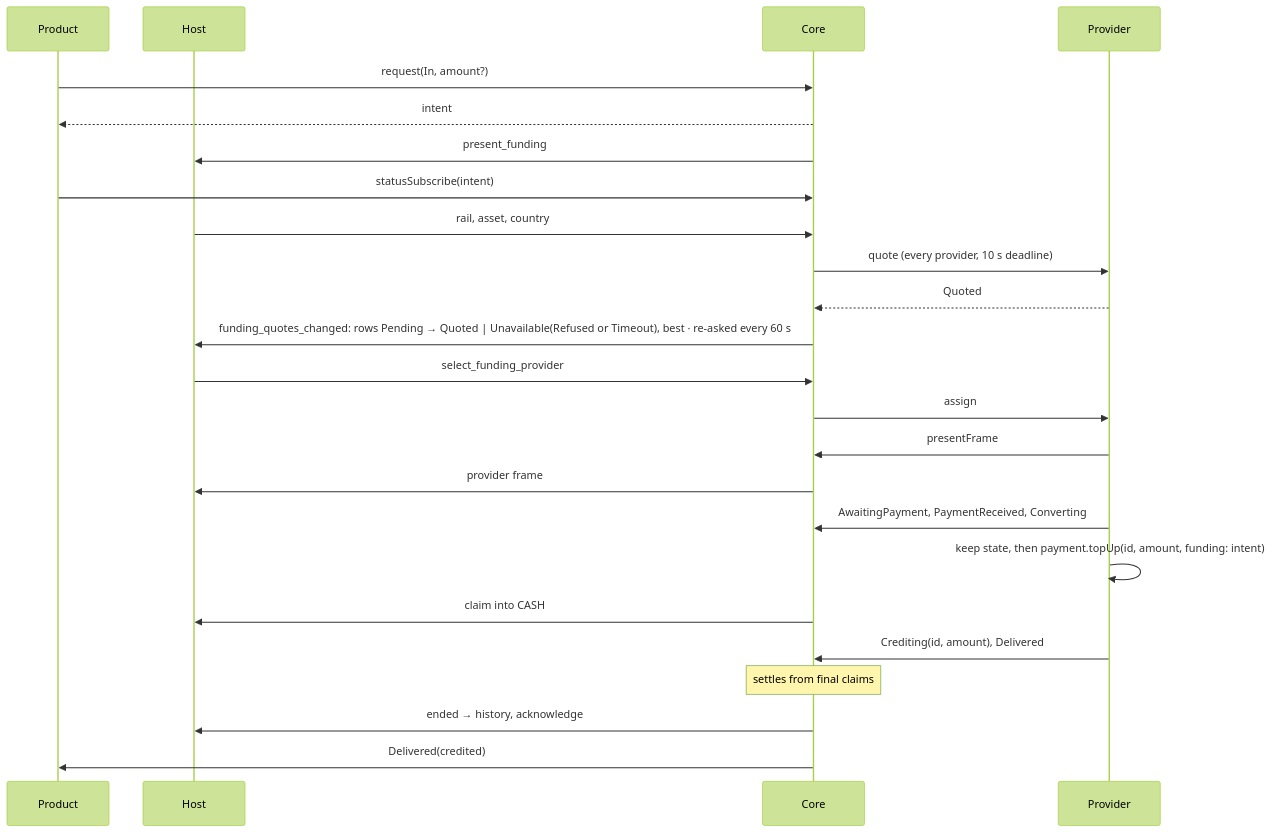
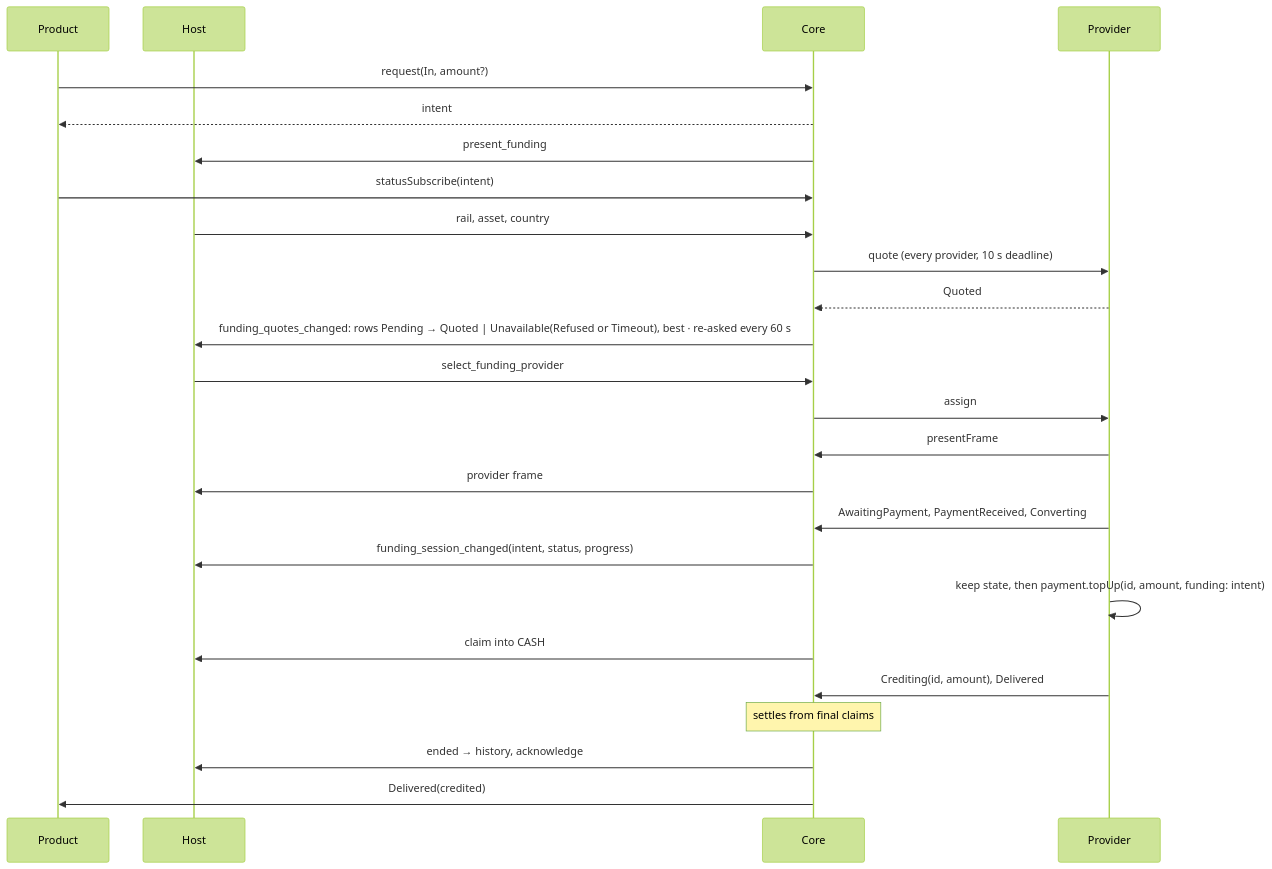
The third of 8 diagrams in docs/design/funding-modality.md (paritytech/trinity-user-agents), drawn with Mermaid (forest theme) before and after one commit. The commit also changed other lines of this file, not shown here.

Commit message:
docs: provider requests and pushed progress

````diff
--- a/docs/design/funding-modality.md
+++ b/docs/design/funding-modality.md
@@ -86,26 +88,27 @@
 ```mermaid
 sequenceDiagram
   participant P as Product
   participant H as Host
   participant C as Core
   participant W as Provider
   P->>C: request(In, amount?)
   C-->>P: intent
   C->>H: present_funding
   P->>C: statusSubscribe(intent)
   H->>C: rail, asset, country
   C->>W: quote (every provider, 10 s deadline)
   W-->>C: Quoted
   C->>H: funding_quotes_changed: rows Pending → Quoted | Unavailable(Refused or Timeout), best · re-asked every 60 s
   H->>C: select_funding_provider
   C->>W: assign
   W->>C: presentFrame
   C->>H: provider frame
   W->>C: AwaitingPayment, PaymentReceived, Converting
+  C->>H: funding_session_changed(intent, status, progress)
   W->>W: keep state, then payment.topUp(id, amount, funding: intent)
   C->>H: claim into CASH
   W->>C: Crediting(id, amount), Delivered
   Note over C: settles from final claims
   C->>H: ended → history, acknowledge
   C->>P: Delivered(credited)
 ```
````
